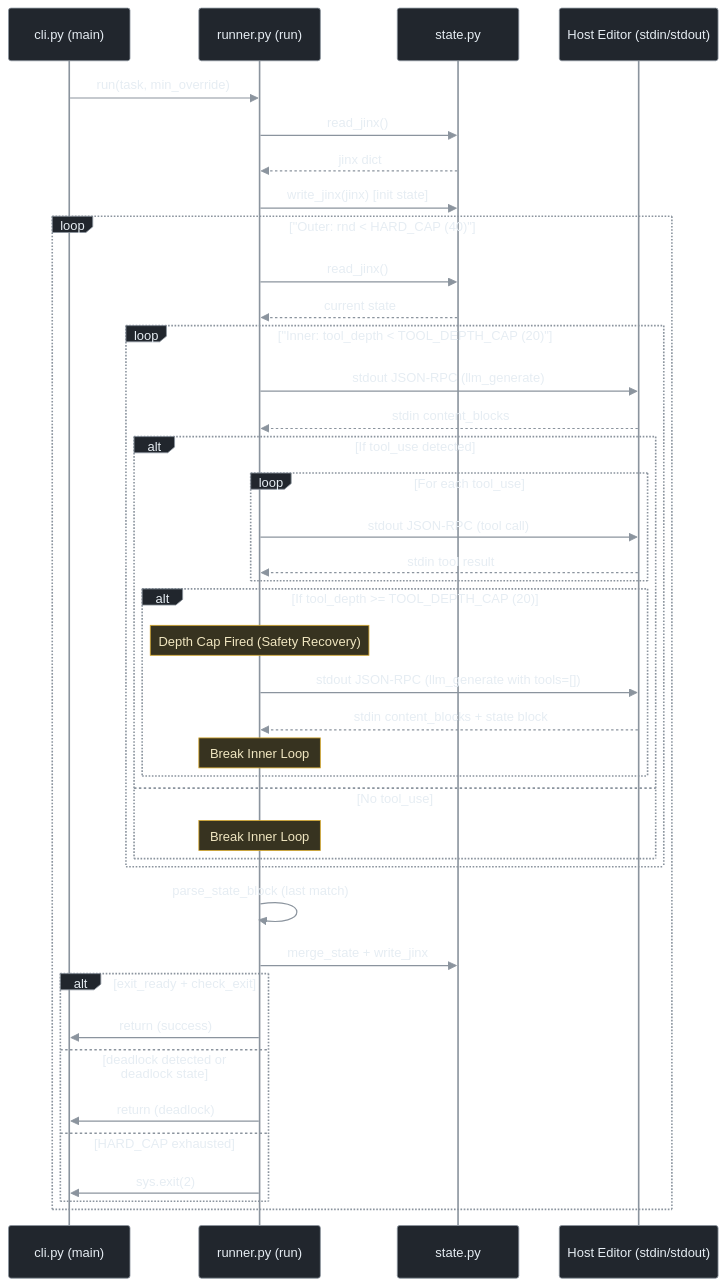
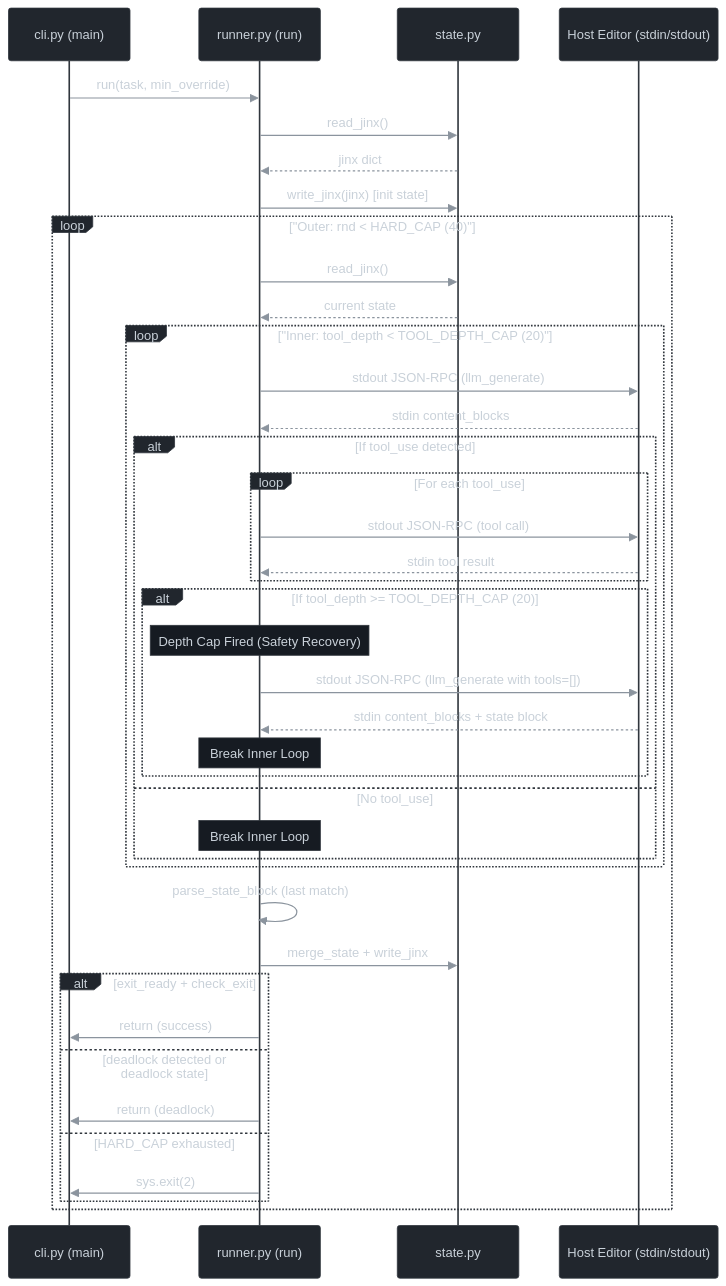
The fourth of 5 diagrams in README_ZH.md (machinegpt/agent), drawn with Mermaid before and after one commit. The commit also changed other lines of this file and 8 other files, not shown here.

````diff
--- a/README_ZH.md
+++ b/README_ZH.md
@@ -263,47 +263,47 @@
 ```mermaid
-%%{init: {'theme': 'base', 'themeVariables': {"darkMode": true, "background": "#0d1117", "primaryColor": "#21262d", "primaryTextColor": "#e6edf3", "primaryBorderColor": "#8b949e", "lineColor": "#8b949e", "textColor": "#e6edf3", "edgeLabelBackground": "#161b22", "actorBkg": "#21262d", "actorBorder": "#8b949e", "actorTextColor": "#e6edf3", "actorLineColor": "#8b949e", "signalColor": "#8b949e", "signalTextColor": "#e6edf3", "noteBkgColor": "#373320", "noteBorderColor": "#d4a72c", "noteTextColor": "#f0e6c0", "labelBoxBkgColor": "#21262d", "labelBoxBorderColor": "#8b949e", "labelTextColor": "#e6edf3", "loopTextColor": "#e6edf3", "activationBkgColor": "#30363d", "activationBorderColor": "#8b949e"}}}%%
+%%{init: {'theme': 'base', 'themeVariables': {"darkMode": true, "background": "#0d1117", "primaryColor": "#21262d", "primaryTextColor": "#e6edf3", "primaryBorderColor": "#8b949e", "lineColor": "#8b949e", "textColor": "#e6edf3", "edgeLabelBackground": "#161b22", "actorBkg": "#21262d", "actorBorder": "#30363d", "actorTextColor": "#c9d1d9", "actorLineColor": "#30363d", "signalColor": "#8b949e", "signalTextColor": "#c9d1d9", "noteBkgColor": "#161b22", "noteBorderColor": "#30363d", "noteTextColor": "#c9d1d9", "labelBoxBkgColor": "#21262d", "labelBoxBorderColor": "#30363d", "labelTextColor": "#c9d1d9", "loopTextColor": "#c9d1d9", "activationBkgColor": "#21262d", "activationBorderColor": "#30363d"}}}%%
 sequenceDiagram
     participant CLI as cli.py (main)
     participant Runner as runner.py (run)
     participant State as state.py
     participant Host as Host Editor (stdin/stdout)
 
     CLI->>Runner: run(task, min_override)
     Runner->>State: read_jinx()
     State-->>Runner: jinx dict
     Runner->>State: write_jinx(jinx) [init state]
 
     loop "Outer: rnd < HARD_CAP (40)"
         Runner->>State: read_jinx()
         State-->>Runner: current state
 
         loop "Inner: tool_depth < TOOL_DEPTH_CAP (20)"
             Runner->>Host: stdout JSON-RPC (llm_generate)
             Host-->>Runner: stdin content_blocks
             alt If tool_use detected
                 loop For each tool_use
                     Runner->>Host: stdout JSON-RPC (tool call)
                     Host-->>Runner: stdin tool result
                 end
                 alt If tool_depth >= TOOL_DEPTH_CAP (20)
                     Note over Runner: Depth Cap Fired (Safety Recovery)
                     Runner->>Host: stdout JSON-RPC (llm_generate with tools=[])
                     Host-->>Runner: stdin content_blocks + state block
                     Note over Runner: Break Inner Loop
                 end
             else No tool_use
                 Note over Runner: Break Inner Loop
             end
         end
 
         Runner->>Runner: parse_state_block (last match)
         Runner->>State: merge_state + write_jinx
         alt exit_ready + check_exit
             Runner->>CLI: return (success)
         else deadlock detected or deadlock state
             Runner->>CLI: return (deadlock)
         else HARD_CAP exhausted
             Runner->>CLI: sys.exit(2)
         end
     end
 ```
````
